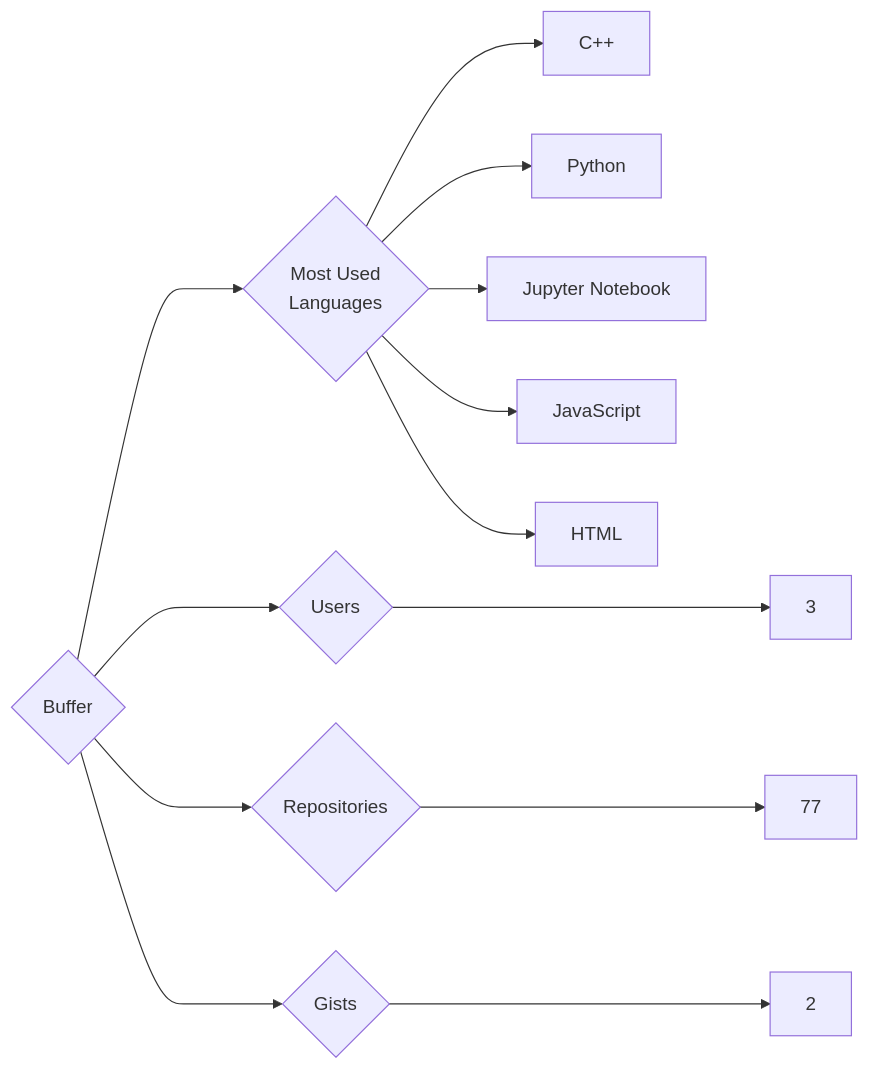
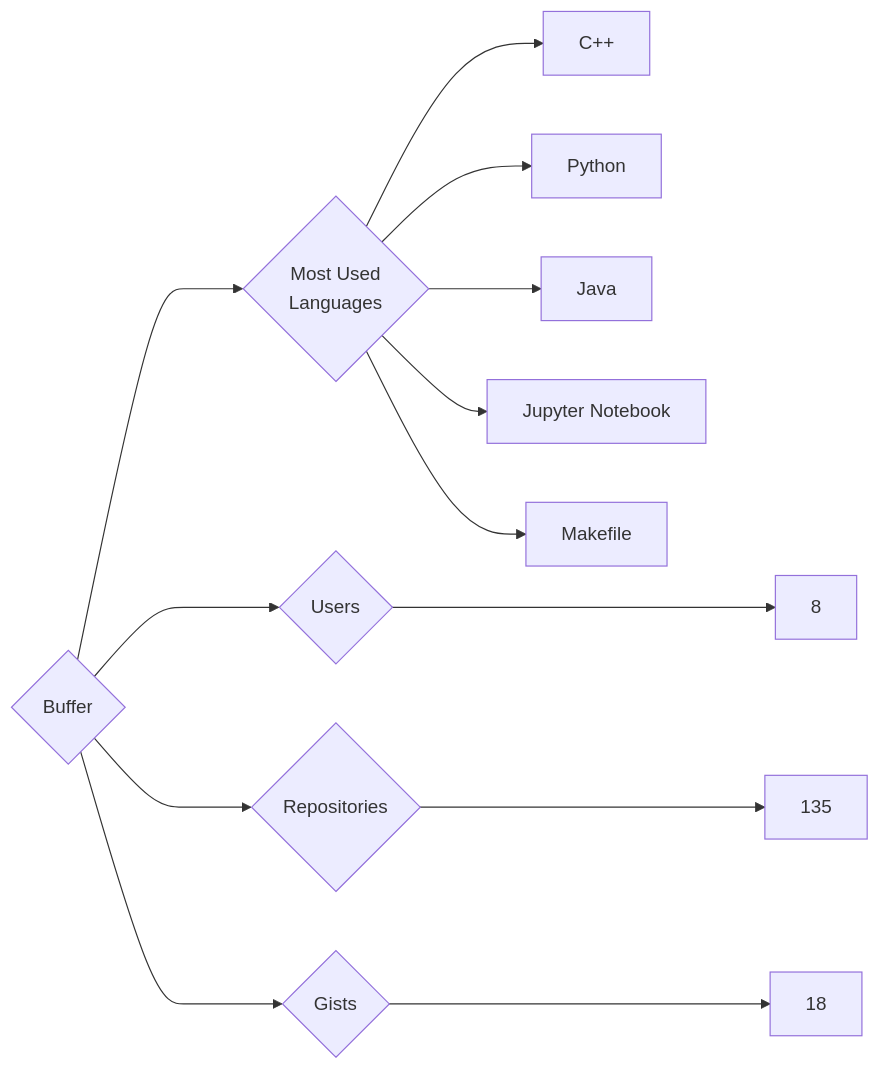
One commit to trickest/insiders changed the diagram in targets/Buffer/README.md. Above: the diagram before and after it, drawn with Mermaid. The commit also changed 953 other files, not shown here.

````diff
--- a/targets/Buffer/README.md
+++ b/targets/Buffer/README.md
@@ -3,13 +3,13 @@
 ```mermaid
 graph LR
 COMPANY_NAME{Buffer}
-COMPANY_NAME ---> U{Users} ---> UN[3]
-COMPANY_NAME ---> R{Repositories} ---> RN[77]
-COMPANY_NAME ---> G{Gists} ---> GN[2]
+COMPANY_NAME ---> U{Users} ---> UN[8]
+COMPANY_NAME ---> R{Repositories} ---> RN[135]
+COMPANY_NAME ---> G{Gists} ---> GN[18]
 COMPANY_NAME ---> ML{Most Used<br>Languages}
 ML --> C++[C++]
 ML --> Python[Python]
+ML --> Java[Java]
 ML --> Jupyter_Notebook[Jupyter Notebook]
-ML --> JavaScript[JavaScript]
-ML --> HTML[HTML]
+ML --> Makefile[Makefile]
 ```
````
